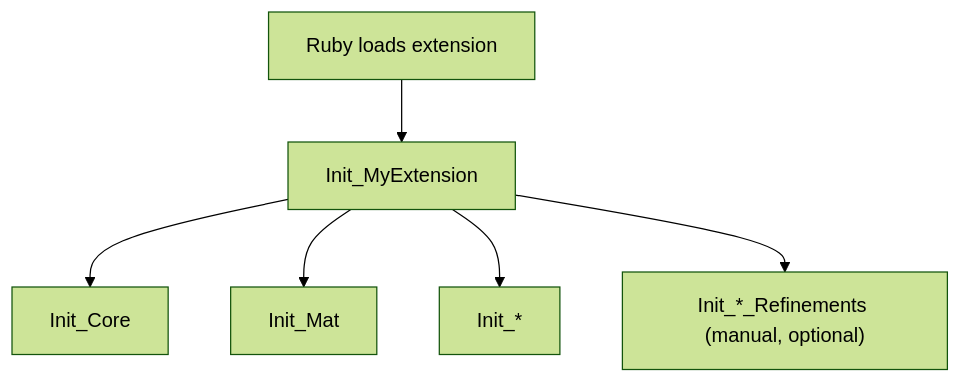
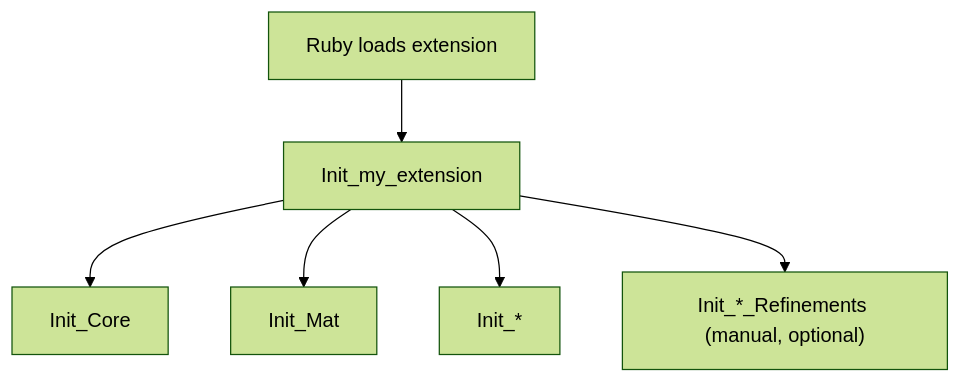
One commit to ruby-rice/ruby-bindgen changed the third of 3 diagrams in docs/cpp/output.md. Above: the diagram before and after it, drawn with Mermaid (forest theme). The commit also changed other lines of this file and 1 other file, not shown here.

First line of the commit message:
Fix Init_MyExtension -> Init_my_extension in docs

````diff
--- a/docs/cpp/output.md
+++ b/docs/cpp/output.md
@@ -116,8 +116,8 @@
 ```mermaid
 flowchart TD
-  A["Ruby loads extension"] --> B["Init_MyExtension"]
+  A["Ruby loads extension"] --> B["Init_my_extension"]
   B --> C["Init_Core"]
   B --> D["Init_Mat"]
   B --> E["Init_*"]
   B --> G["Init_*_Refinements (manual, optional)"]
 ```
````
